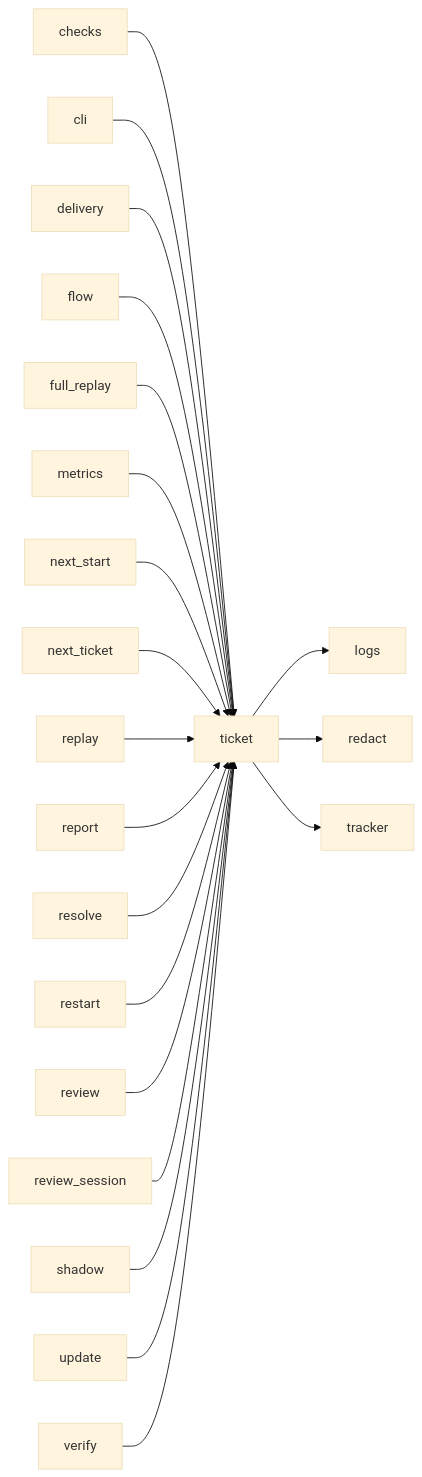
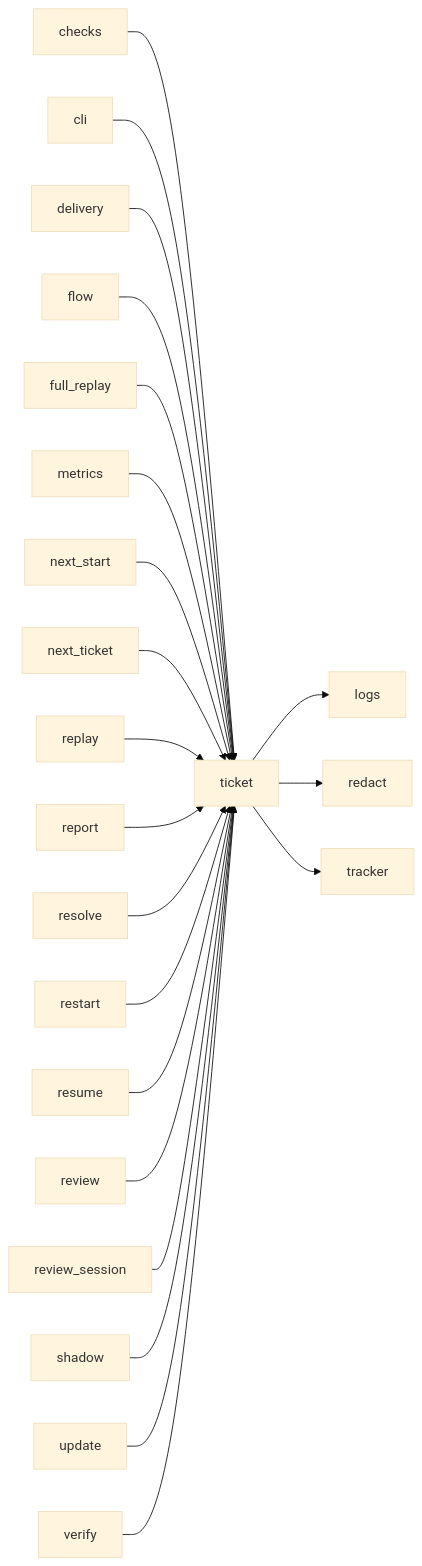
Before and after one commit to plaplanche/ariane: the third of 3 diagrams in docs/architecture/modules/ticket.md, drawn with Mermaid (base theme). The commit also changed 43 other files, not shown here.

Commit message:
#211: Resume a ticket stopped by its budget, turn or time limit, or by a runtime quota, from its saved work (C5, C23)

````diff
--- a/docs/architecture/modules/ticket.md
+++ b/docs/architecture/modules/ticket.md
@@ -95,23 +95,24 @@
 ```mermaid
 flowchart LR
   checks --> ticket
   cli --> ticket
   delivery --> ticket
   flow --> ticket
   full_replay --> ticket
   metrics --> ticket
   next_start --> ticket
   next_ticket --> ticket
   replay --> ticket
   report --> ticket
   resolve --> ticket
   restart --> ticket
+  resume --> ticket
   review --> ticket
   review_session --> ticket
   shadow --> ticket
   ticket --> logs
   ticket --> redact
   ticket --> tracker
   update --> ticket
   verify --> ticket
 ```
````
